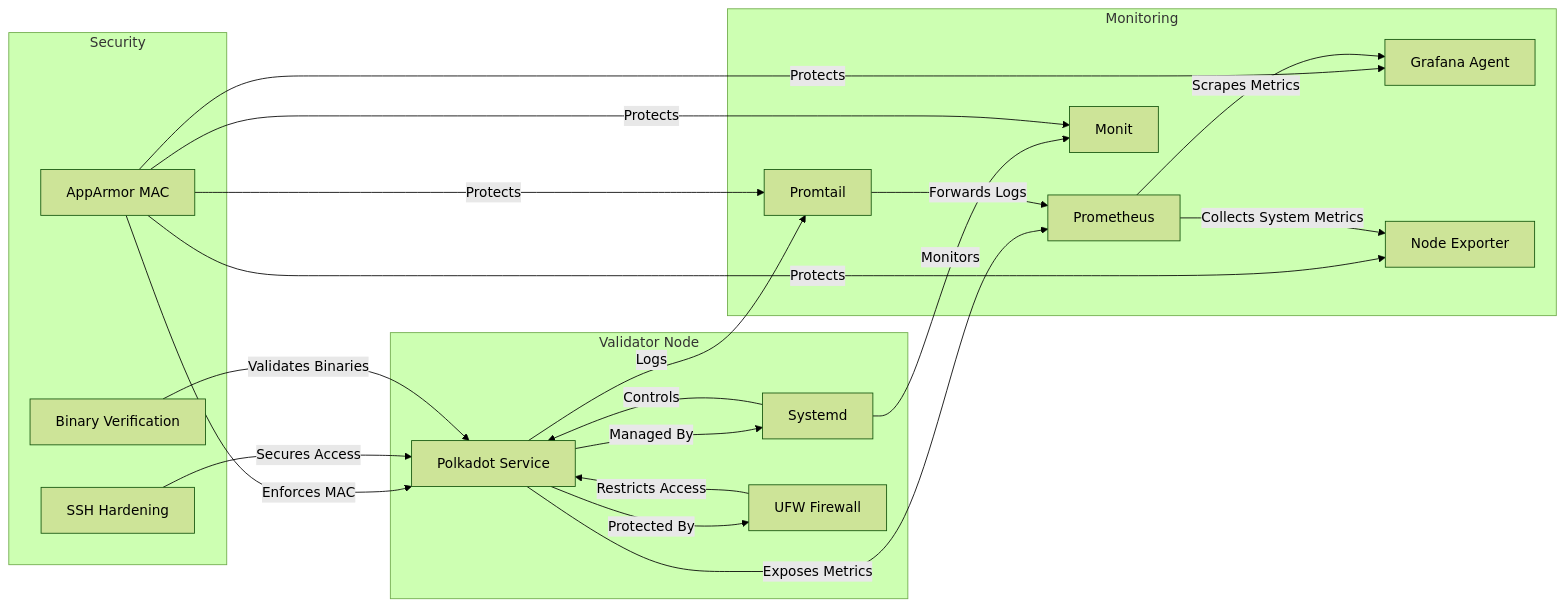
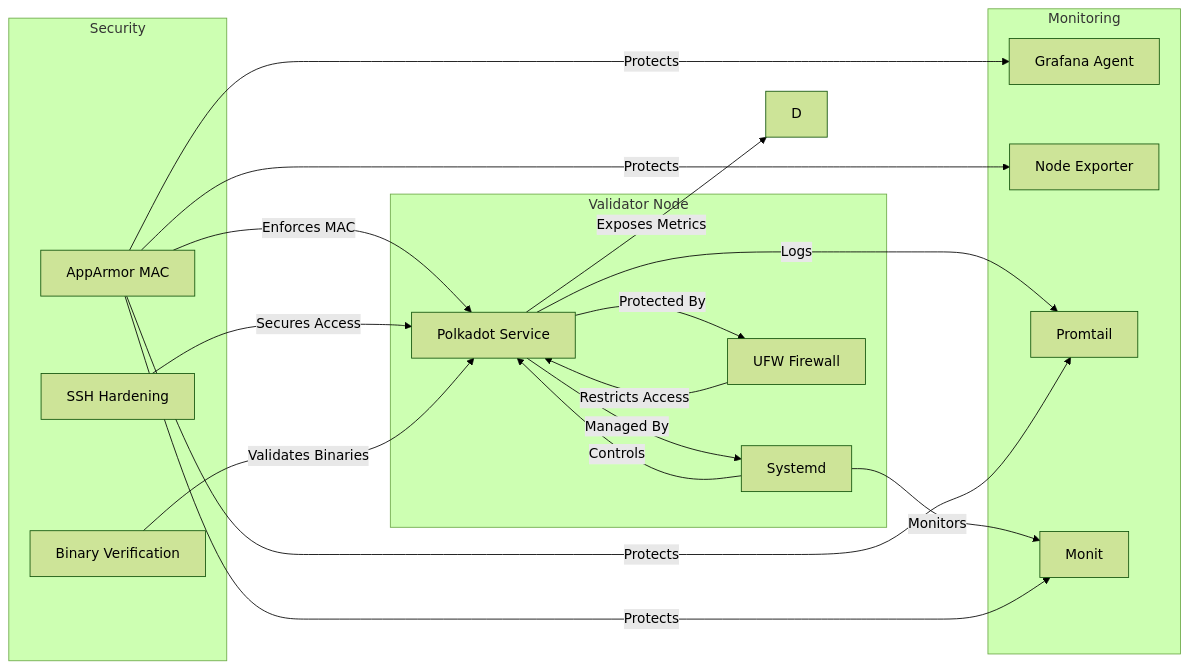
Before and after one commit to pampatzoglou/provision-validators: the second of 2 diagrams in README.md, drawn with Mermaid (forest theme). The commit also changed other lines of this file and 20 other files, not shown here.

````diff
--- a/README.md
+++ b/README.md
@@ -50,45 +63,39 @@
 ```mermaid
 graph LR
     subgraph Validator Node
         A[Polkadot Service]
         B[Systemd]
         C[UFW Firewall]
     end
 
     subgraph Monitoring
-        D[Prometheus]
         E[Grafana Agent]
         F[Node Exporter]
         G[Promtail]
         H[Monit]
     end
 
     subgraph Security
         I[SSH Hardening]
         J[Binary Verification]
         K[AppArmor MAC]
     end
 
     A -->|Exposes Metrics| D
     A -->|Logs| G
     A -->|Managed By| B
     A -->|Protected By| C
 
     B -->|Monitors| H
     B -->|Controls| A
 
     C -->|Restricts Access| A
     K -->|Enforces MAC| A
     K -->|Protects| E
     K -->|Protects| F
     K -->|Protects| G
     K -->|Protects| H
 
-    D -->|Scrapes Metrics| E
-    D -->|Collects System Metrics| F
-
-    G -->|Forwards Logs| D
-
     I -->|Secures Access| A
     J -->|Validates Binaries| A
 ```
````
